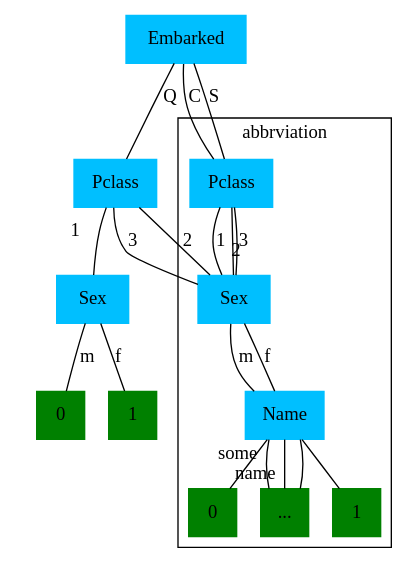
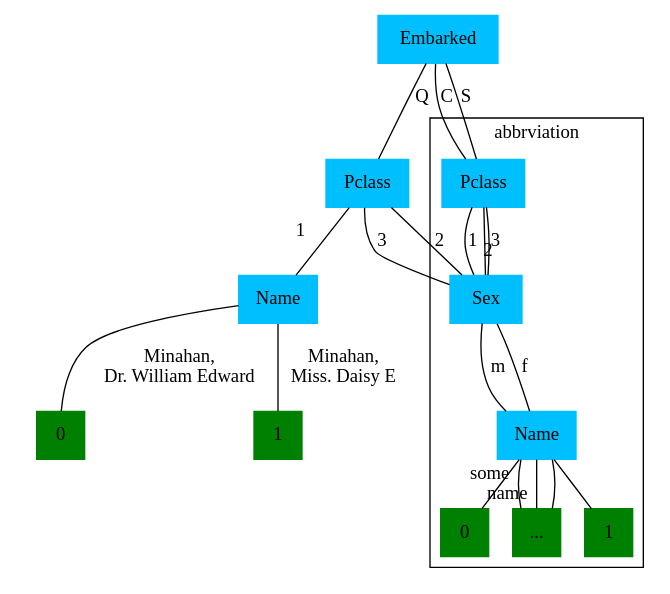
One commit to upforde/NTNU changed the diagram in AIMet/Assignment 4/graph2.dot. Above: the diagram before and after it, drawn with Graphviz. The commit also changed 2 other files, not shown here.

Commit message:
Fixed graphs, made graph 4

```diff
--- a/AIMet/Assignment 4/graph2.dot
+++ b/AIMet/Assignment 4/graph2.dot
@@ -1,37 +1,37 @@
 graph MyGraph {
     // Attributes
     node [shape = rect, style = filled, color = deepskyblue]
-    Embarked;pc[label=Pclass];pc1s[label=Sex];
+    Embarked;pc[label=Pclass];pc1s[label=Name];
     Pclass;Sex;Name;
     // Values
     node [shape = square, style = filled, color = green]
     sm[label = 0];sf[label = 1];
     
     Embarked -- Pclass [label = "C"];
     Embarked -- Pclass [label = "S"];
     Embarked -- pc [label = "Q"];
 
     subgraph cluster_Q{
         color = white
         pc -- pc1s [xlabel = "1   "];
-        pc1s -- sm[label = "m"];
-        pc1s -- sf[label = f];
+        pc1s -- sm[label = "Minahan, \nDr. William Edward"];
+        pc1s -- sf[label = "Minahan, \nMiss. Daisy E"];
     }
     
     subgraph cluster_abbreviation{
         Pclass -- Sex [label = 1];
         Pclass -- Sex [xlabel = 2];
         Pclass -- Sex [label = 3];pc -- Sex [label = 3]
         pc -- Sex[label = 2];
         Sex -- Name [label = m];
         Sex -- Name [label = f];
         Name -- 0;
         Name -- "..."[xlabel = "  some"];
         Name -- "..."[xlabel = " name"];
         Name -- "...";
         Name -- 1;
 
         label = "abbrviation";
         color = black;
     }
 }
```
